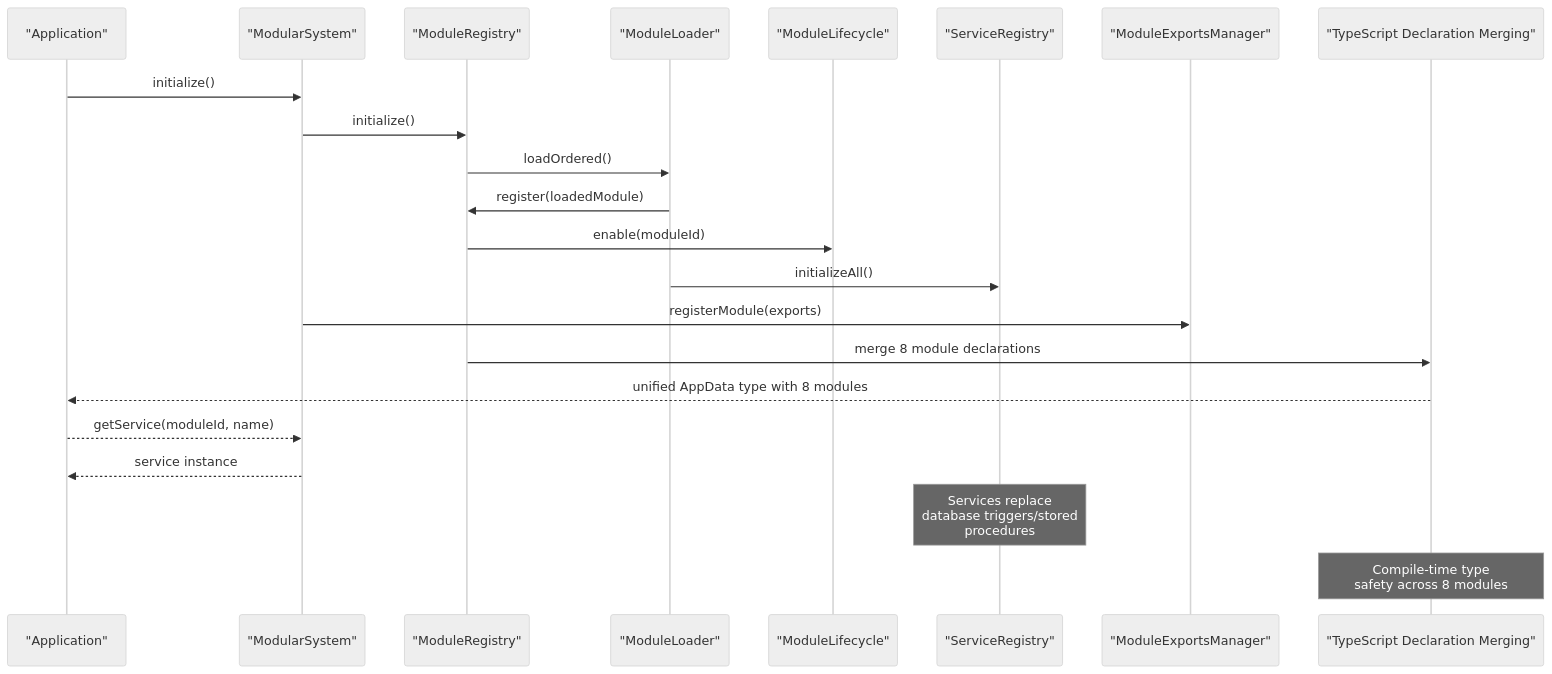
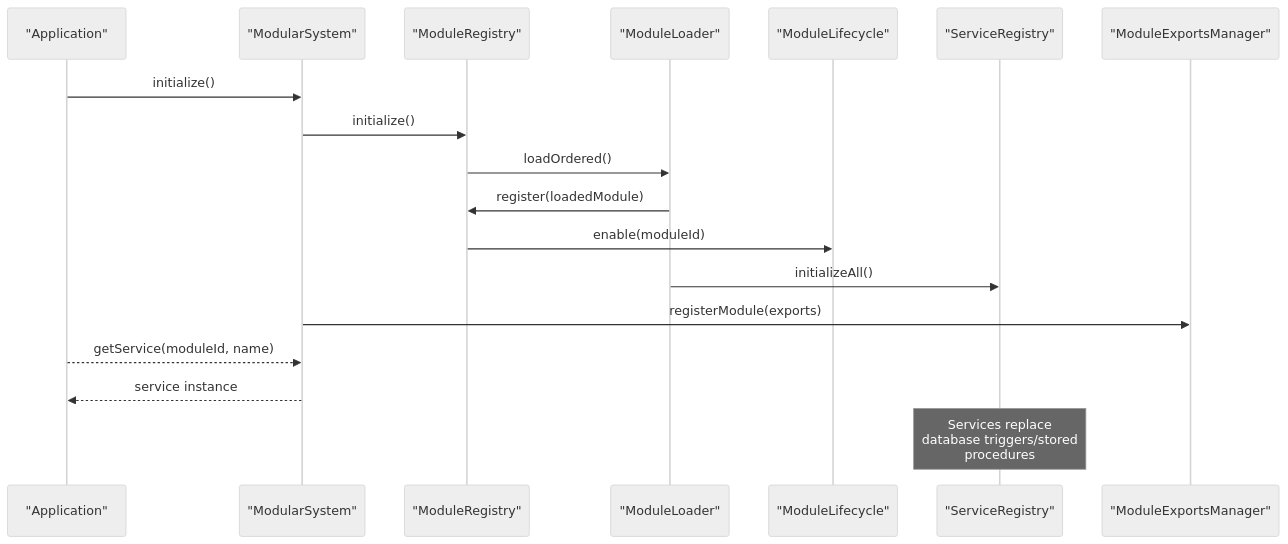
The second of 8 diagrams in .qoder/repowiki/en/content/Modules System/Modules System.md (geniusdynamics/schoolpilot), drawn with Mermaid (neutral theme) before and after one commit. The commit also changed other lines of this file and 311 other files, not shown here.

````diff
--- a/.qoder/repowiki/en/content/Modules System/Modules System.md
+++ b/.qoder/repowiki/en/content/Modules System/Modules System.md
@@ -161,24 +138,20 @@
 ```mermaid
 sequenceDiagram
 participant App as "Application"
 participant MS as "ModularSystem"
 participant MR as "ModuleRegistry"
 participant ML as "ModuleLoader"
 participant MLC as "ModuleLifecycle"
 participant SER as "ServiceRegistry"
 participant ME as "ModuleExportsManager"
-participant AUG as "TypeScript Declaration Merging"
 App->>MS : initialize()
 MS->>MR : initialize()
 MR->>ML : loadOrdered()
 ML->>MR : register(loadedModule)
 MR->>MLC : enable(moduleId)
 ML->>SER : initializeAll()
 MS->>ME : registerModule(exports)
-MR->>AUG : merge 8 module declarations
-AUG-->>App : unified AppData type with 8 modules
 App-->>MS : getService(moduleId, name)
 MS-->>App : service instance
 Note over SER : Services replace<br/>database triggers/stored<br/>procedures
-Note over AUG : Compile-time type<br/>safety across 8 modules
 ```
````
